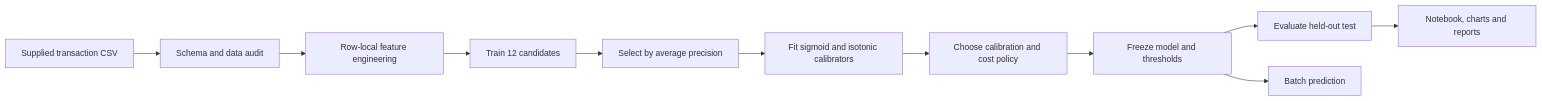
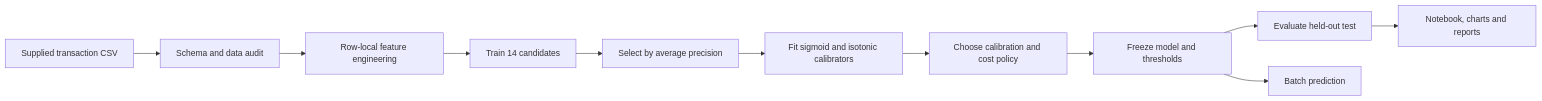
One commit to Manesha03/fraud-risk-intelligence-pipeline changed the diagram in README.md. Above: the diagram before and after it, drawn with Mermaid. The commit also changed other lines of this file, not shown here.

````diff
--- a/README.md
+++ b/README.md
@@ -71,13 +77,13 @@
 ```mermaid
 flowchart LR
     A[Supplied transaction CSV] --> B[Schema and data audit]
     B --> C[Row-local feature engineering]
-    C --> D[Train 12 candidates]
+    C --> D[Train 14 candidates]
     D --> E[Select by average precision]
     E --> F[Fit sigmoid and isotonic calibrators]
     F --> G[Choose calibration and cost policy]
     G --> H[Freeze model and thresholds]
     H --> I[Evaluate held-out test]
     H --> J[Batch prediction]
     I --> K[Notebook, charts and reports]
 ```
````
